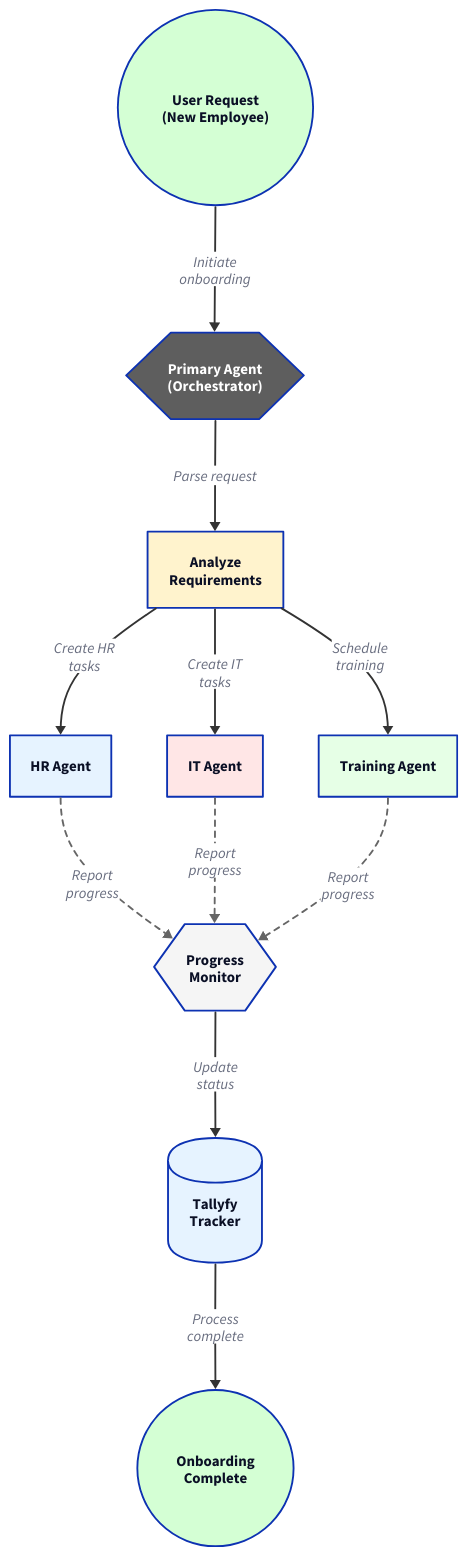
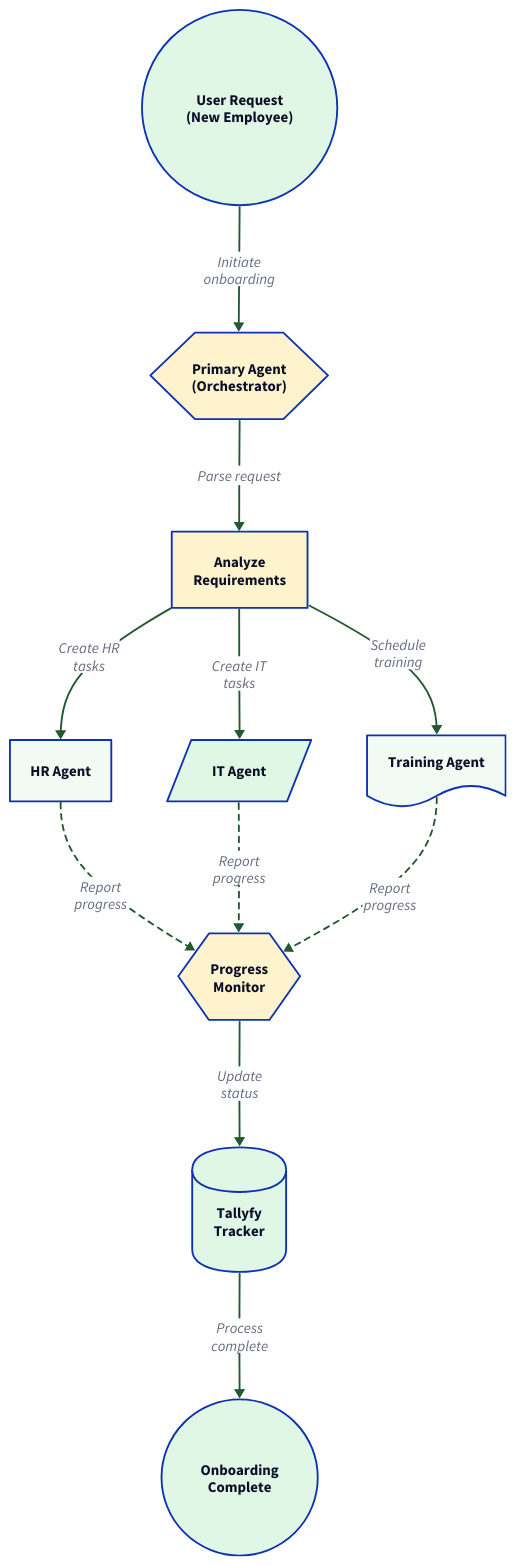
Before and after one commit to tallyfy/documentation: the second of 3 diagrams in src/content/docs/pro/integrations/mcp-server/microsoft-copilot-studio/index.mdx, drawn with D2. The commit also changed other lines of this file and 66 other files, not shown here.

````diff
--- a/src/content/docs/pro/integrations/mcp-server/microsoft-copilot-studio/index.mdx
+++ b/src/content/docs/pro/integrations/mcp-server/microsoft-copilot-studio/index.mdx
@@ -278,13 +275,12 @@
 
 Start: "User Request\n(New Employee)" {
   shape: circle
-  style.fill: "#d4ffd4"
+  style.fill: "#e1f7e6"
 }
 
 Primary: "Primary Agent\n(Orchestrator)" {
   shape: hexagon
-  style.fill: "#5e5e5e"
-  style.font-color: "#fff"
+  style.fill: "#fff3cd"
 }
 
 Analyze: "Analyze\nRequirements" {
@@ -294,75 +290,75 @@
 
 HR: "HR Agent" {
   shape: rectangle
-  style.fill: "#e6f3ff"
+  style.fill: "#f2faf4"
 }
 
 IT: "IT Agent" {
-  shape: rectangle
-  style.fill: "#ffe6e6"
+  shape: parallelogram
+  style.fill: "#e1f7e6"
 }
 
 Training: "Training Agent" {
-  shape: rectangle
-  style.fill: "#e6ffe6"
+  shape: document
+  style.fill: "#f2faf4"
 }
 
 Monitor: "Progress\nMonitor" {
   shape: hexagon
-  style.fill: "#f5f5f5"
+  style.fill: "#fff3cd"
 }
 
 Tallyfy: "Tallyfy\nTracker" {
   shape: cylinder
-  style.fill: "#e6f3ff"
+  style.fill: "#e1f7e6"
 }
 
 End: "Onboarding\nComplete" {
   shape: circle
-  style.fill: "#d4ffd4"
+  style.fill: "#e1f7e6"
 }
 
 Start -> Primary: "Initiate\nonboarding" {
-  style.stroke: "#333"
+  style.stroke: "#225930"
 }
 
 Primary -> Analyze: "Parse request" {
-  style.stroke: "#333"
+  style.stroke: "#225930"
 }
 
 Analyze -> HR: "Create HR\ntasks" {
-  style.stroke: "#333"
+  style.stroke: "#225930"
 }
 
 Analyze -> IT: "Create IT\ntasks" {
-  style.stroke: "#333"
+  style.stroke: "#225930"
 }
 
 Analyze -> Training: "Schedule\ntraining" {
-  style.stroke: "#333"
+  style.stroke: "#225930"
 }
 
 HR -> Monitor: "Report\nprogress" {
-  style.stroke: "#666"
+  style.stroke: "#225930"
   style.stroke-dash: 3
 }
 
 IT -> Monitor: "Report\nprogress" {
-  style.stroke: "#666"
+  style.stroke: "#225930"
   style.stroke-dash: 3
 }
 
 Training -> Monitor: "Report\nprogress" {
-  style.stroke: "#666"
+  style.stroke: "#225930"
   style.stroke-dash: 3
 }
 
 Monitor -> Tallyfy: "Update\nstatus" {
-  style.stroke: "#333"
+  style.stroke: "#225930"
 }
 
 Tallyfy -> End: "Process\ncomplete" {
-  style.stroke: "#333"
+  style.stroke: "#225930"
   style.stroke-width: 2
 }
 ```
````
